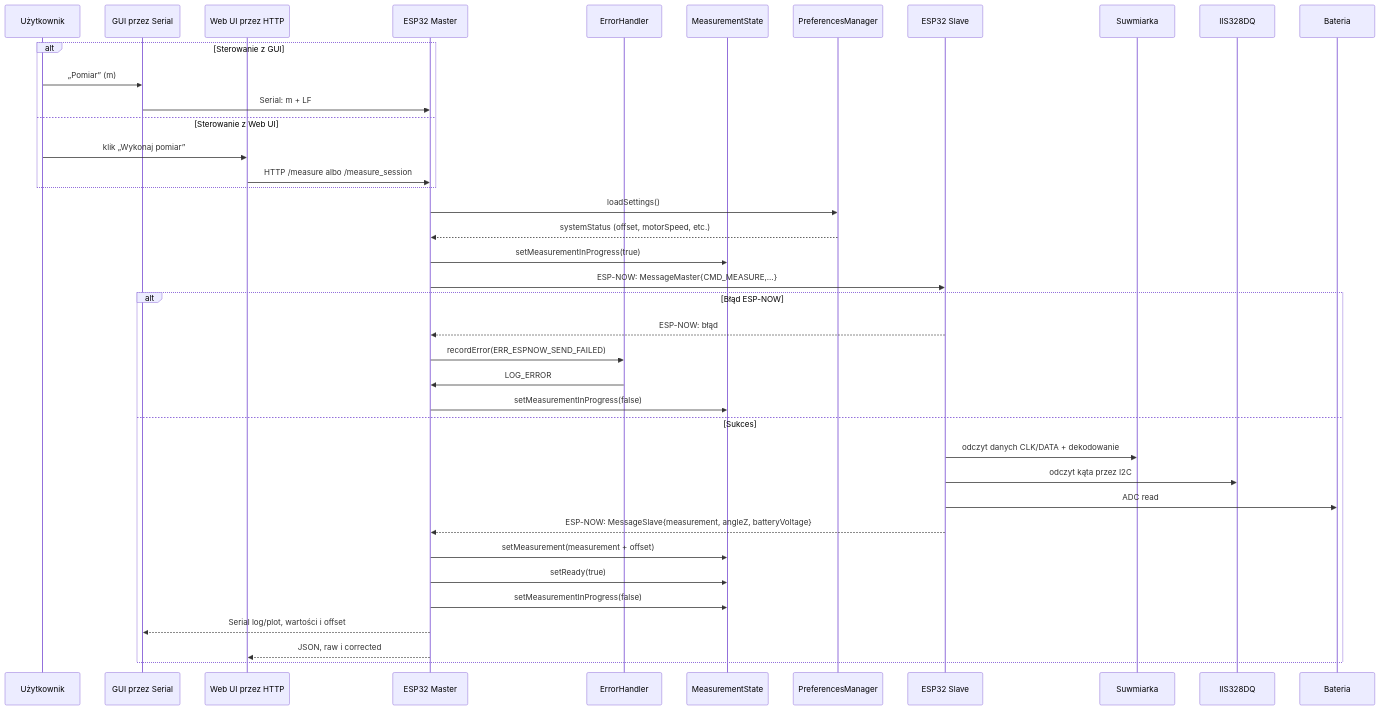
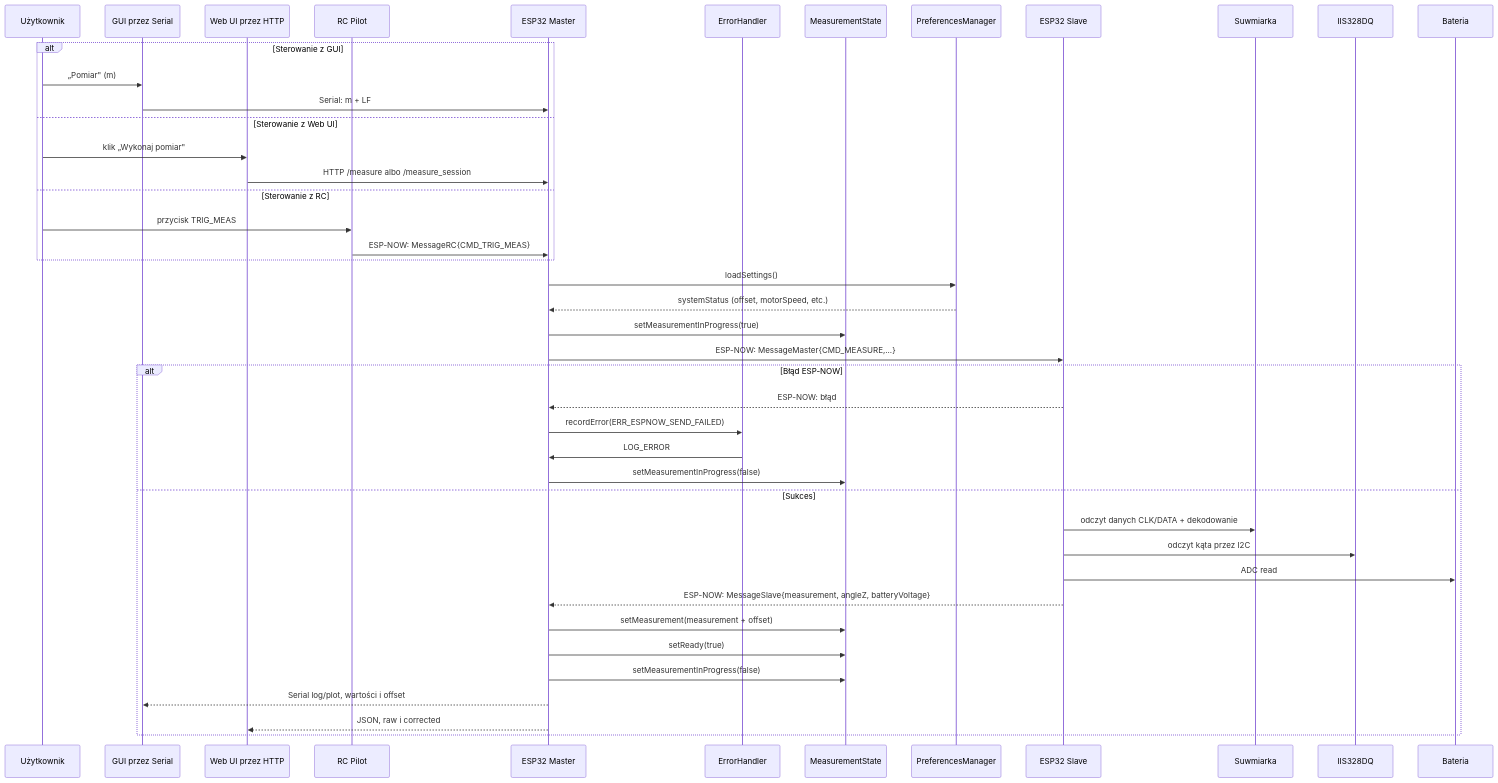
One commit to ciupakt/caliper changed the second of 3 diagrams in README.md. Above: the diagram before and after it, drawn with Mermaid. The commit also changed other lines of this file and 11 other files, not shown here.

````diff
--- a/README.md
+++ b/README.md
@@ -124,47 +137,51 @@
 ```mermaid
 sequenceDiagram
     participant U as Użytkownik
     participant GUI as GUI przez Serial
     participant WEB as Web UI przez HTTP
+    participant RC as RC Pilot
     participant M as ESP32 Master
     participant EH as ErrorHandler
     participant MS as MeasurementState
     participant PM as PreferencesManager
     participant S as ESP32 Slave
     participant CAL as Suwmiarka
     participant ACC as IIS328DQ
     participant BAT as Bateria
 
     alt Sterowanie z GUI
-        U->>GUI: „Pomiar” (m)
+        U->>GUI: „Pomiar" (m)
         GUI->>M: Serial: m + LF
     else Sterowanie z Web UI
-        U->>WEB: klik „Wykonaj pomiar”
+        U->>WEB: klik „Wykonaj pomiar"
         WEB->>M: HTTP /measure albo /measure_session
+    else Sterowanie z RC
+        U->>RC: przycisk TRIG_MEAS
+        RC->>M: ESP-NOW: MessageRC{CMD_TRIG_MEAS}
     end
 
     M->>PM: loadSettings()
     PM-->>M: systemStatus (offset, motorSpeed, etc.)
     
     M->>MS: setMeasurementInProgress(true)
     M->>S: ESP-NOW: MessageMaster{CMD_MEASURE,...}
     
     alt Błąd ESP-NOW
         S-->>M: ESP-NOW: błąd
         M->>EH: recordError(ERR_ESPNOW_SEND_FAILED)
         EH->>M: LOG_ERROR
         M->>MS: setMeasurementInProgress(false)
     else Sukces
         S->>CAL: odczyt danych CLK/DATA + dekodowanie
         S->>ACC: odczyt kąta przez I2C
         S->>BAT: ADC read
         S-->>M: ESP-NOW: MessageSlave{measurement, angleZ, batteryVoltage}
         
         M->>MS: setMeasurement(measurement + offset)
         M->>MS: setReady(true)
         M->>MS: setMeasurementInProgress(false)
         
         M-->>GUI: Serial log/plot, wartości i offset
         M-->>WEB: JSON, raw i corrected
     end
 ```
````
